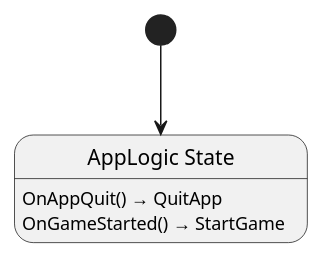
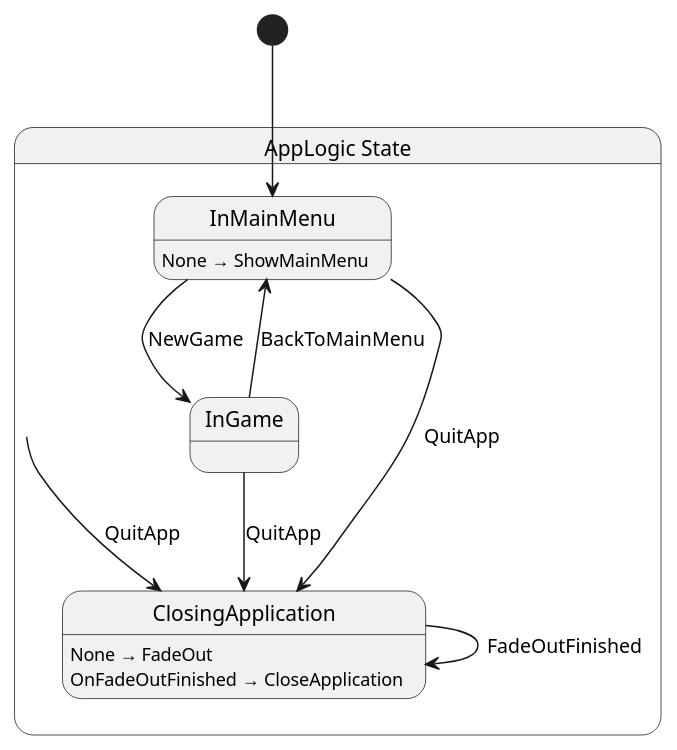
Before and after one commit to Nilsiker/Adventure: the diagram in src/app/App.g.puml, drawn with PlantUML. The commit also changed 3 other files, not shown here.

```diff
--- a/src/app/App.g.puml
+++ b/src/app/App.g.puml
@@ -1,7 +1,20 @@
 @startuml AppLogic
-state "AppLogic State" as Shellguard_AppLogic_State
-Shellguard_AppLogic_State : OnAppQuit() → QuitApp
-Shellguard_AppLogic_State : OnGameStarted() → StartGame
+state "AppLogic State" as Shellguard_AppLogic_State {
+  state "InMainMenu" as Shellguard_AppLogic_State_InMainMenu
+  state "InGame" as Shellguard_AppLogic_State_InGame
+  state "ClosingApplication" as Shellguard_AppLogic_State_ClosingApplication
+}
 
-[*] --> Shellguard_AppLogic_State
+Shellguard_AppLogic_State --> Shellguard_AppLogic_State_ClosingApplication : QuitApp
+Shellguard_AppLogic_State_ClosingApplication --> Shellguard_AppLogic_State_ClosingApplication : FadeOutFinished
+Shellguard_AppLogic_State_InGame --> Shellguard_AppLogic_State_ClosingApplication : QuitApp
+Shellguard_AppLogic_State_InGame --> Shellguard_AppLogic_State_InMainMenu : BackToMainMenu
+Shellguard_AppLogic_State_InMainMenu --> Shellguard_AppLogic_State_ClosingApplication : QuitApp
+Shellguard_AppLogic_State_InMainMenu --> Shellguard_AppLogic_State_InGame : NewGame
+
+Shellguard_AppLogic_State_ClosingApplication : None → FadeOut
+Shellguard_AppLogic_State_ClosingApplication : OnFadeOutFinished → CloseApplication
+Shellguard_AppLogic_State_InMainMenu : None → ShowMainMenu
+
+[*] --> Shellguard_AppLogic_State_InMainMenu
 @enduml
```
